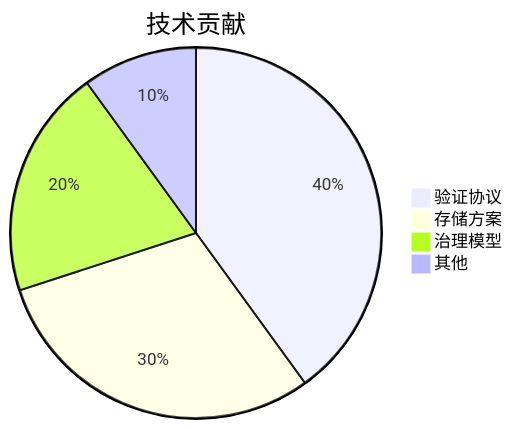
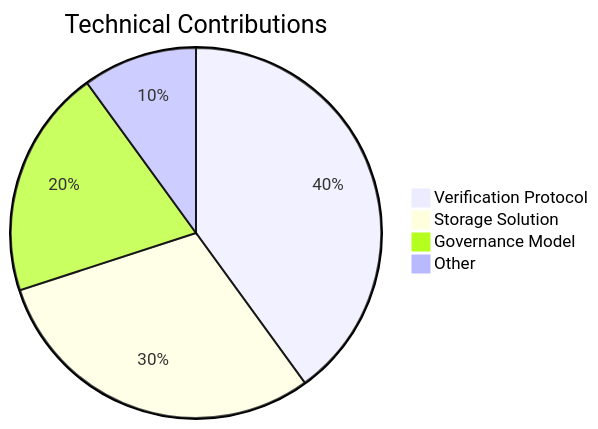
Before and after one commit to truthvalidator/TruthValidatorAgent: diagram 11 of 11 in docs/lightpaper.md, drawn with Mermaid. The commit also changed other lines of this file and 1 other file, not shown here.

````diff
--- a/docs/lightpaper.md
+++ b/docs/lightpaper.md
@@ -195,8 +195,8 @@
 ```mermaid
 pie
-    title 技术贡献
-    "验证协议" : 40
-    "存储方案" : 30
-    "治理模型" : 20
-    "其他" : 10
+    title Technical Contributions
+    "Verification Protocol" : 40
+    "Storage Solution" : 30
+    "Governance Model" : 20
+    "Other" : 10
 ```
````
